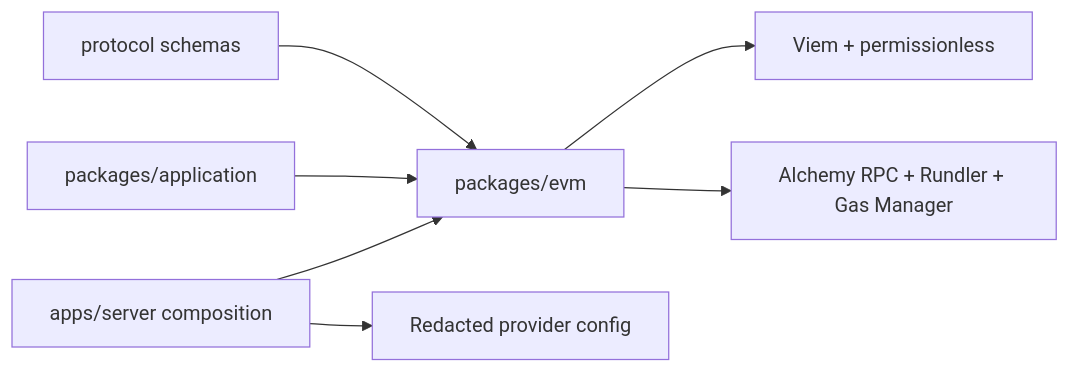
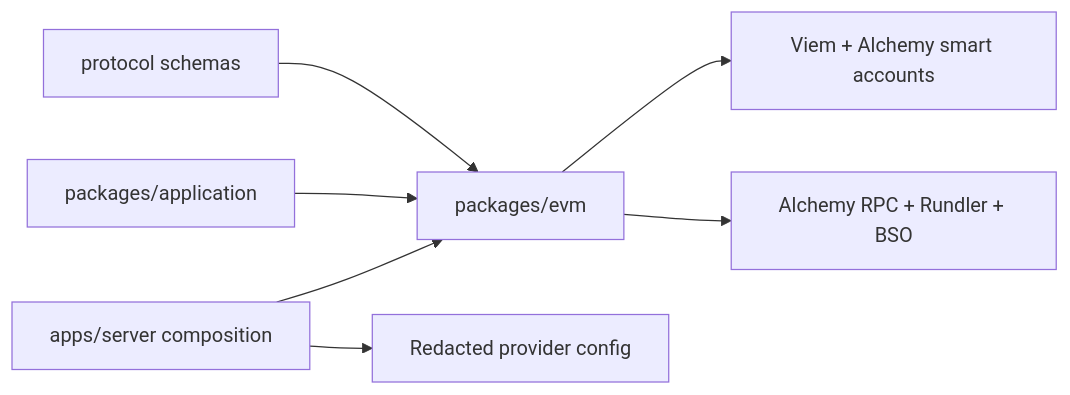
Before and after one commit to thenamespace/namera: the diagram in architecture/evm/README.md, drawn with Mermaid. The commit also changed other lines of this file and 79 other files, not shown here.

Commit message:
feat(evm): standardize on Alchemy modular accounts

````diff
--- a/architecture/evm/README.md
+++ b/architecture/evm/README.md
@@ -33,9 +33,9 @@
 ```mermaid
 flowchart LR
   Protocol[protocol schemas] --> EVM[packages/evm]
-  EVM --> Viem[Viem + permissionless]
-  EVM --> Providers[Alchemy RPC + Rundler + Gas Manager]
+  EVM --> Viem[Viem + Alchemy smart accounts]
+  EVM --> Providers[Alchemy RPC + Rundler + BSO]
   Application[packages/application] --> EVM
   Server[apps/server composition] --> EVM
   Server --> Config[Redacted provider config]
 ```
````
